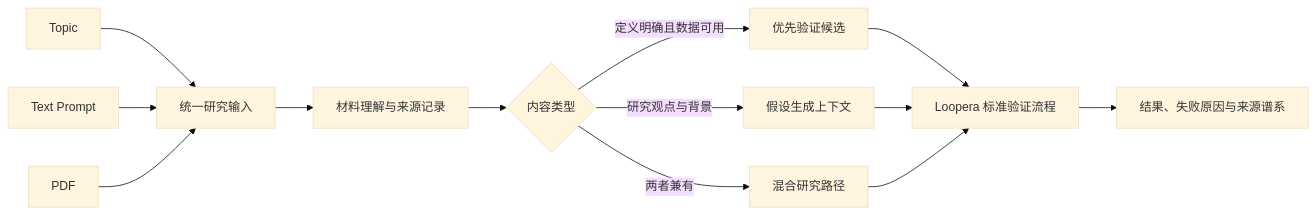
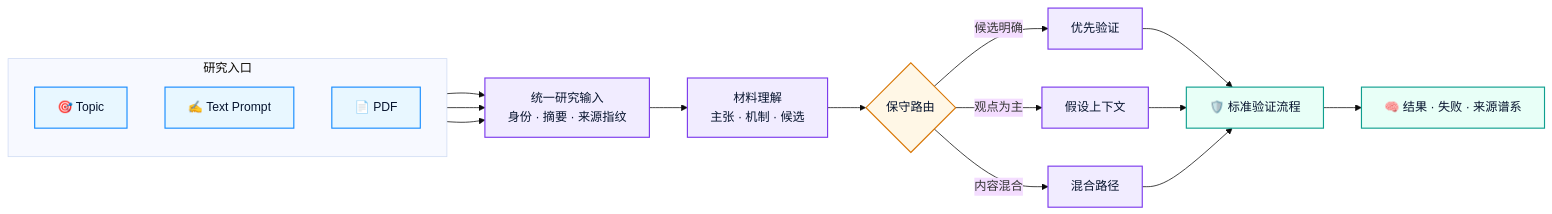
The second of 3 diagrams in README.md (Loopera-ai/loopera), drawn with Mermaid (base theme) before and after one commit. The commit also changed other lines of this file, not shown here.

First line of the commit message:
Improve research input framework visuals

````diff
--- a/README.md
+++ b/README.md
@@ -221,15 +248,31 @@
 ```mermaid
 flowchart LR
-    A[Topic] --> D[统一研究输入]
-    B[Text Prompt] --> D
-    C[PDF] --> D
-    D --> E[材料理解与来源记录]
-    E --> F{内容类型}
-    F -->|定义明确且数据可用| G[优先验证候选]
-    F -->|研究观点与背景| H[假设生成上下文]
-    F -->|两者兼有| I[混合研究路径]
-    G --> J[Loopera 标准验证流程]
+    subgraph INPUT["研究入口"]
+        direction TB
+        A["🎯 Topic"]
+        B["✍️ Text Prompt"]
+        C["📄 PDF"]
+    end
+
+    A --> D["统一研究输入<br/>身份 · 摘要 · 来源指纹"]
+    B --> D
+    C --> D
+    D --> E["材料理解<br/>主张 · 机制 · 候选"]
+    E --> F{"保守路由"}
+    F -->|候选明确| G["优先验证"]
+    F -->|观点为主| H["假设上下文"]
+    F -->|内容混合| I["混合路径"]
+    G --> J["🛡️ 标准验证流程"]
     H --> J
     I --> J
-    J --> K[结果、失败原因与来源谱系]
+    J --> K["🧠 结果 · 失败 · 来源谱系"]
+
+    classDef input fill:#E8F7FF,stroke:#168CFF,color:#07142E,stroke-width:1.5px;
+    classDef process fill:#F1ECFF,stroke:#7C3AED,color:#07142E,stroke-width:1.5px;
+    classDef decision fill:#FFF7E6,stroke:#D97706,color:#07142E,stroke-width:1.5px;
+    classDef trust fill:#E8FFF7,stroke:#0F9F8F,color:#07142E,stroke-width:1.5px;
+    class A,B,C input;
+    class D,E,G,H,I process;
+    class F decision;
+    class J,K trust;
 ```
````
